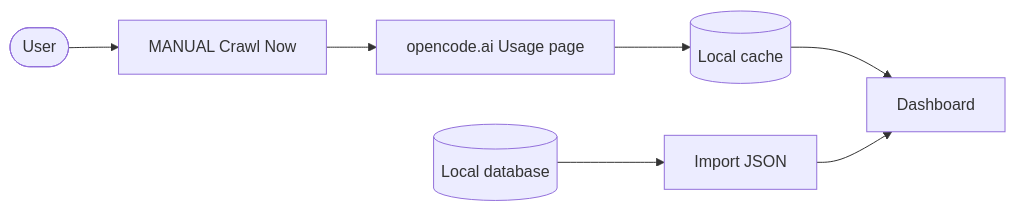
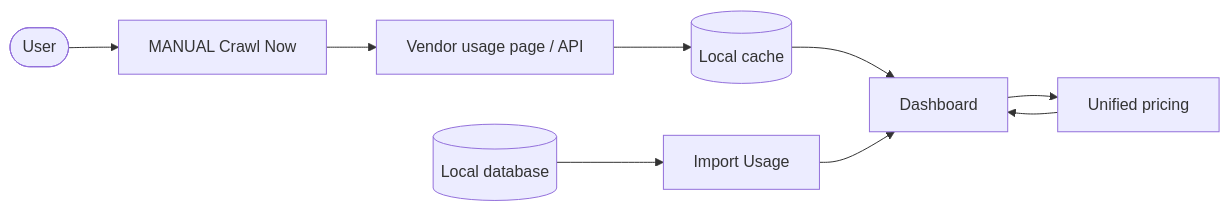
The diagram in README.md (xhang1108/opencode-usage), drawn with Mermaid before and after one commit. The commit also changed other lines of this file and 8 other files, not shown here.

````diff
--- a/README.md
+++ b/README.md
@@ -47,9 +71,11 @@
 ```mermaid
 flowchart LR
     U([User]) --> P[MANUAL Crawl Now]
-    P --> S[opencode.ai Usage page]
+    P --> S[Vendor usage page / API]
     S --> C[(Local cache)]
     C --> D[Dashboard]
-    L[(Local database)] --> J[Import JSON]
+    L[(Local database)] --> J[Import Usage]
     J --> D
+    D --> P2[Unified pricing]
+    P2 --> D
 ```
````
